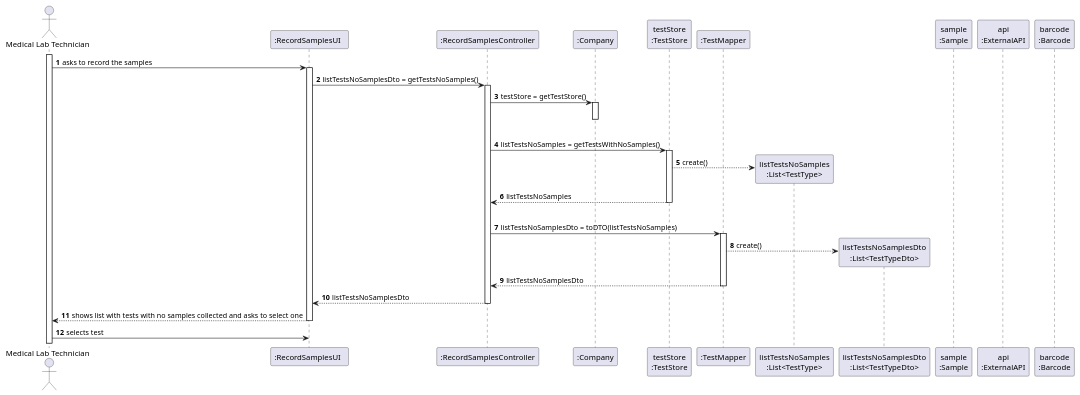
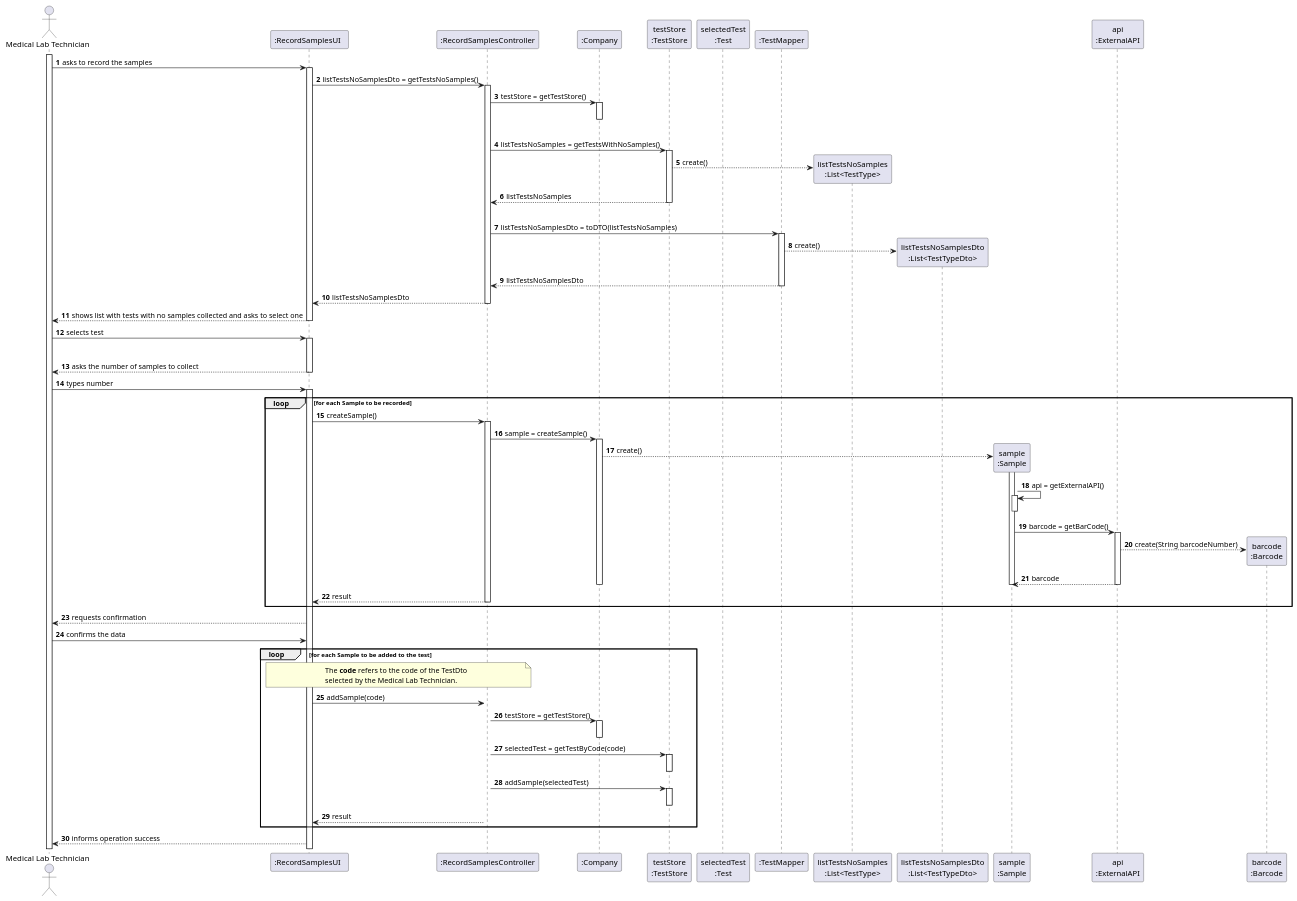
Before and after one commit to ana-albergaria/LAPR2-ISEP: the diagram in docs/SprintC/US_5/US5_SD.puml, drawn with PlantUML. The commit also changed 4 other files, not shown here.

Commit message:
US5 Finishing SD Diagram

```diff
--- a/docs/SprintC/US_5/US5_SD.puml
+++ b/docs/SprintC/US_5/US5_SD.puml
@@ -1,57 +1,160 @@
 @startuml
 
 autonumber
 
 actor "Medical Lab Technician" as MLT
 
 participant ":RecordSamplesUI  " as UI
 participant ":RecordSamplesController" as CTRL
 participant ":Company" as COMPANY
 participant "testStore\n:TestStore" as TEST_STORE
+participant "selectedTest\n:Test" as SELECTED_TEST
 participant ":TestMapper" as TEST_MAPPER
 participant "listTestsNoSamples\n:List<TestType>" as LIST_TESTS_NO_SAMPLES
 participant "listTestsNoSamplesDto\n:List<TestTypeDto>" as LIST_TESTS_NO_SAMPLES_DTO
 participant "sample\n:Sample" as SAMPLE
 participant "api\n:ExternalAPI" as API
 participant "barcode\n:Barcode" as BARCODE
 
 activate MLT
 MLT -> UI : asks to record the samples
 activate UI
 
 UI -> CTRL : listTestsNoSamplesDto = getTestsNoSamples()
 activate CTRL
 
 CTRL -> COMPANY : testStore = getTestStore()
 activate COMPANY
 |||
 deactivate COMPANY
 
 CTRL -> TEST_STORE : listTestsNoSamples = getTestsWithNoSamples()
 activate TEST_STORE
 
 TEST_STORE --> LIST_TESTS_NO_SAMPLES** : create()
 
 TEST_STORE --> CTRL : listTestsNoSamples
 deactivate TEST_STORE
 |||
 
 CTRL -> TEST_MAPPER : listTestsNoSamplesDto = toDTO(listTestsNoSamples)
 activate TEST_MAPPER
 
 TEST_MAPPER --> LIST_TESTS_NO_SAMPLES_DTO** : create()
 
 TEST_MAPPER --> CTRL : listTestsNoSamplesDto
 deactivate TEST_MAPPER
 
 CTRL --> UI : listTestsNoSamplesDto
 deactivate CTRL
 
 UI --> MLT : shows list with tests with no samples collected and asks to select one
 deactivate UI
 
+
 MLT -> UI : selects test
+activate UI
+
+/'UI -> UI : selectedTestDto = (TestDto) Utils.showAndSelectOne(listTestWithNoSamplesDto, "msg")
+activate UI
+deactivate UI'/
+
+/'note over UI, CTRL
+The **code** refers to the code of the TestDto
+selected by the Medical Lab Technician.
+end note
+UI -> CTRL : selectedTest = getTestByCode(code)
+activate CTRL
+
+CTRL -> COMPANY : testStore = getTestStore()
+activate COMPANY
+deactivate COMPANY
+
+CTRL -> TEST_STORE : selectedTest = getTestByCode(code)
+activate TEST_STORE
+TEST_STORE --> SELECTED_TEST** : create()
+TEST_STORE --> CTRL : selectedTest
+deactivate TEST_STORE
+
+CTRL --> UI : selectedTest'/
+
+deactivate CTRL
+
+
+UI --> MLT : asks the number of samples to collect
+deactivate UI
+
+MLT -> UI : types number
+activate UI
+
+loop for each Sample to be recorded
+UI -> CTRL : createSample()
+activate CTRL
+
+CTRL -> COMPANY : sample = createSample()
+activate COMPANY
+
+COMPANY --> SAMPLE** : create()
+
+
+activate SAMPLE
+
+
+SAMPLE -> SAMPLE : api = getExternalAPI()
+activate SAMPLE
+deactivate SAMPLE
+
+
+
+SAMPLE -> API : barcode = getBarCode()
+activate API
+
+API --> BARCODE** : create(String barcodeNumber)
+
+API --> SAMPLE : barcode
+deactivate SAMPLE
+deactivate COMPANY
+deactivate API
+
+CTRL --> UI : result
+deactivate CTRL
+
+end
+
+UI --> MLT : requests confirmation
+
+MLT -> UI : confirms the data
+
+loop for each Sample to be added to the test
+
+note over UI, CTRL
+The **code** refers to the code of the TestDto
+selected by the Medical Lab Technician.
+end note
+UI -> CTRL : addSample(code)
+activate CTRL
+
+CTRL -> COMPANY : testStore = getTestStore()
+activate COMPANY
+deactivate COMPANY
+
+CTRL -> TEST_STORE : selectedTest = getTestByCode(code)
+activate TEST_STORE
+deactivate TEST_STORE
+
+CTRL -> TEST_STORE : addSample(selectedTest)
+activate TEST_STORE
+deactivate TEST_STORE
+
+/'dentro do método addSample, vai-se verificar se a sample já está lá?'/
+
+CTRL --> UI : result
+
+end
+
+UI --> MLT : informs operation success
+
 
 
 
 @enduml
```
